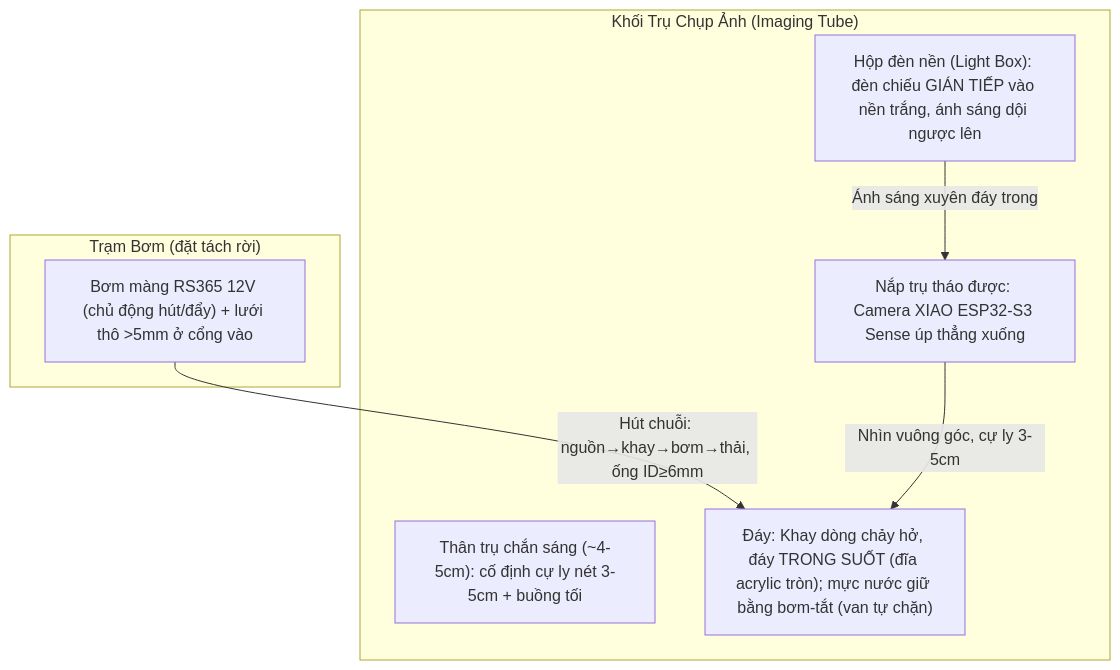
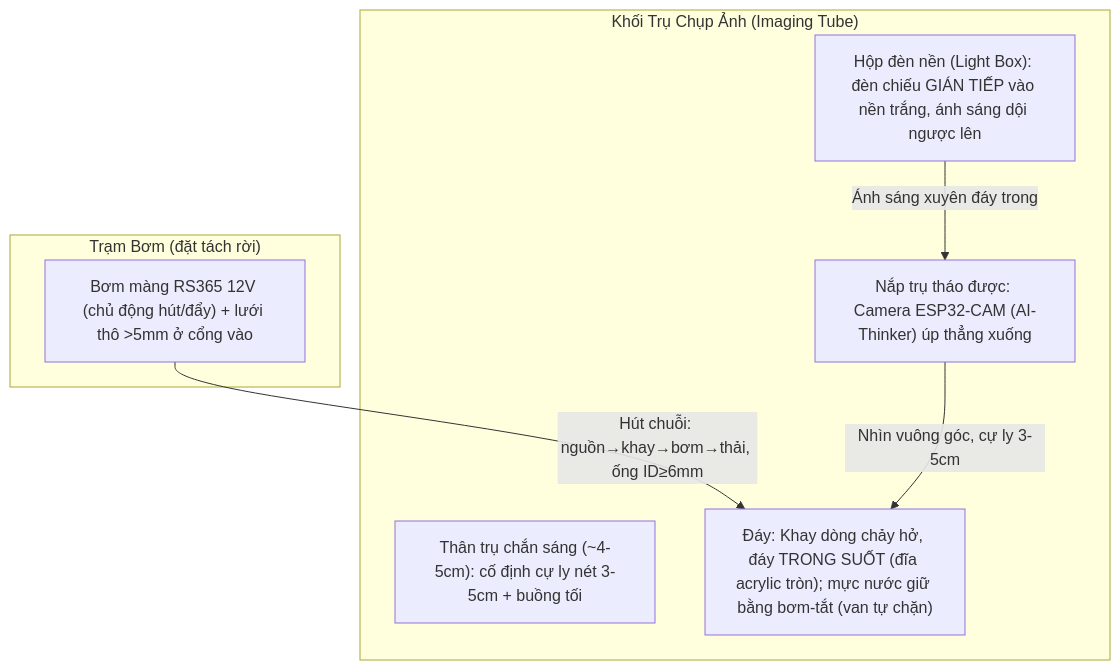
One commit to Hieu-TM/IOT changed the first of 2 diagrams in README.md. Above: the diagram before and after it, drawn with Mermaid. The commit also changed other lines of this file and 12 other files, not shown here.

First line of the commit message:
fix(ml/web): filter bubble class from particle count, forward roboflow confidence, fix measure-mode preview; docs: ESP32-CAM/OV2640 baseline update

````diff
--- a/README.md
+++ b/README.md
@@ -85,17 +85,17 @@
 ```mermaid
 graph TD
     subgraph "Khối Trụ Chụp Ảnh (Imaging Tube)"
-        T3["Nắp trụ tháo được: Camera XIAO ESP32-S3 Sense úp thẳng xuống"]
+        T3["Nắp trụ tháo được: Camera ESP32-CAM (AI-Thinker) úp thẳng xuống"]
         T2["Thân trụ chắn sáng (~4-5cm): cố định cự ly nét 3-5cm + buồng tối"]
         T1["Đáy: Khay dòng chảy hở, đáy TRONG SUỐT (đĩa acrylic tròn); mực nước giữ bằng bơm-tắt (van tự chặn)"]
         B["Hộp đèn nền (Light Box): đèn chiếu GIÁN TIẾP vào nền trắng, ánh sáng dội ngược lên"]
     end
 
     subgraph "Trạm Bơm (đặt tách rời)"
         P["Bơm màng RS365 12V (chủ động hút/đẩy) + lưới thô >5mm ở cổng vào"]
     end
 
     P -->|Hút chuỗi: nguồn→khay→bơm→thải, ống ID≥6mm| T1
     T3 -->|Nhìn vuông góc, cự ly 3-5cm| T1
     B -->|Ánh sáng xuyên đáy trong| T3
 ```
````
